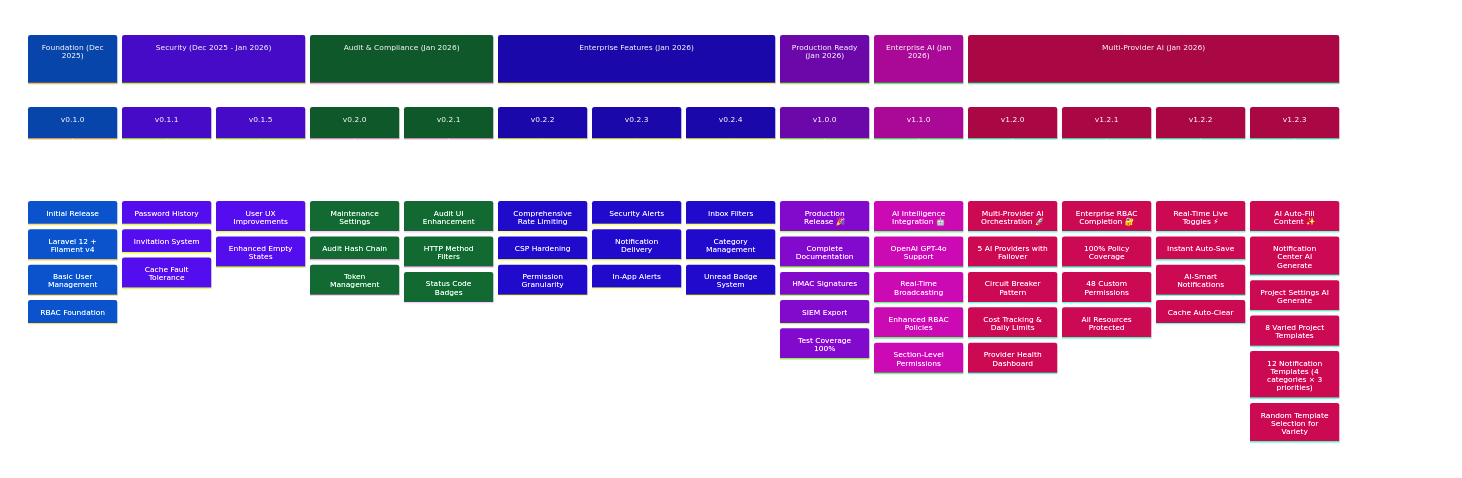
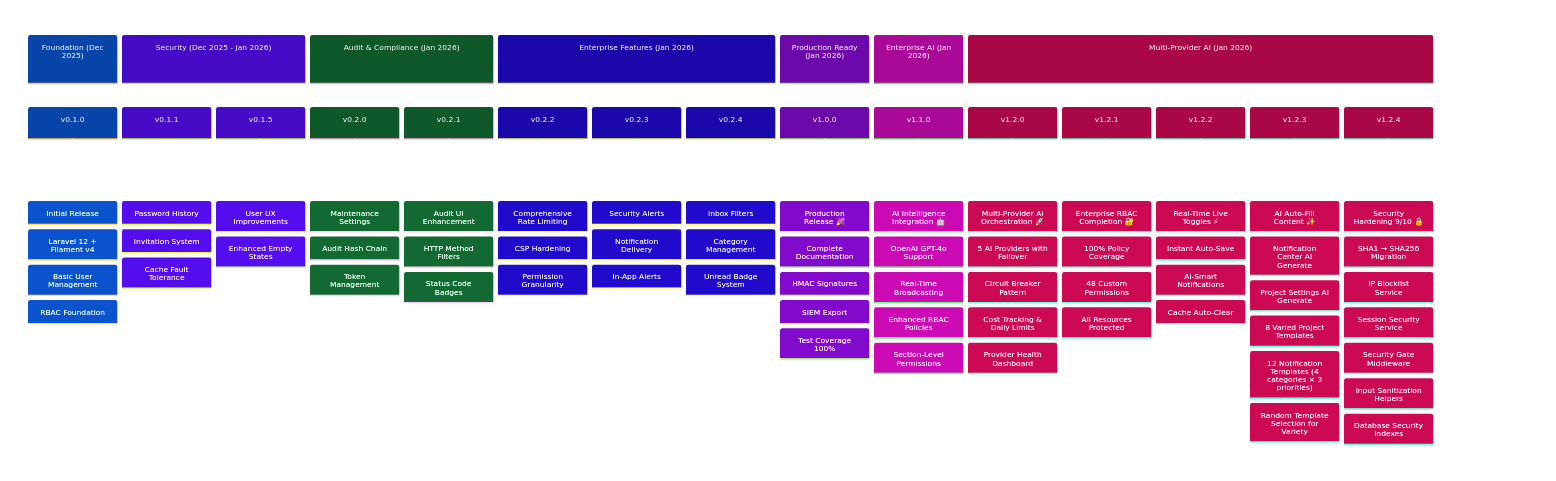
The eighth of 8 diagrams in README.md (Halfirzzha/A-Good-Start-to-the-Program), drawn with Mermaid before and after one commit. The commit also changed other lines of this file and 7 other files, not shown here.

````diff
--- a/README.md
+++ b/README.md
@@ -3262,65 +3622,72 @@
 ```mermaid
 %%{init: {'theme':'base', 'themeVariables': { 'primaryColor':'#3b82f6','primaryTextColor':'#fff','primaryBorderColor':'#1e40af','lineColor':'#64748b','secondaryColor':'#8b5cf6','tertiaryColor':'#22c55e'}}}%%
 timeline
     title Creative Trees Development Journey
     section Foundation (Dec 2025)
         v0.1.0 : Initial Release
                : Laravel 12 + Filament v4
                : Basic User Management
                : RBAC Foundation
     section Security (Dec 2025 - Jan 2026)
         v0.1.1 : Password History
                : Invitation System
                : Cache Fault Tolerance
         v0.1.5 : User UX Improvements
                : Enhanced Empty States
     section Audit & Compliance (Jan 2026)
         v0.2.0 : Maintenance Settings
                : Audit Hash Chain
                : Token Management
         v0.2.1 : Audit UI Enhancement
                : HTTP Method Filters
                : Status Code Badges
     section Enterprise Features (Jan 2026)
         v0.2.2 : Comprehensive Rate Limiting
                : CSP Hardening
                : Permission Granularity
         v0.2.3 : Security Alerts
                : Notification Delivery
                : In-App Alerts
         v0.2.4 : Inbox Filters
                : Category Management
                : Unread Badge System
     section Production Ready (Jan 2026)
         v1.0.0 : Production Release 🎉
                : Complete Documentation
                : HMAC Signatures
                : SIEM Export
                : Test Coverage 100%
     section Enterprise AI (Jan 2026)
         v1.1.0 : AI Intelligence Integration 🤖
                : OpenAI GPT-4o Support
                : Real-Time Broadcasting
                : Enhanced RBAC Policies
                : Section-Level Permissions
     section Multi-Provider AI (Jan 2026)
         v1.2.0 : Multi-Provider AI Orchestration 🚀
                : 5 AI Providers with Failover
                : Circuit Breaker Pattern
                : Cost Tracking & Daily Limits
                : Provider Health Dashboard
         v1.2.1 : Enterprise RBAC Completion 🔐
                : 100% Policy Coverage
                : 48 Custom Permissions
                : All Resources Protected
         v1.2.2 : Real-Time Live Toggles ⚡
                : Instant Auto-Save
                : AI-Smart Notifications
                : Cache Auto-Clear
         v1.2.3 : AI Auto-Fill Content ✨
                : Notification Center AI Generate
                : Project Settings AI Generate
                : 8 Varied Project Templates
                : 12 Notification Templates (4 categories × 3 priorities)
                : Random Template Selection for Variety
+        v1.2.4 : Security Hardening 9/10 🔒
+               : SHA1 → SHA256 Migration
+               : IP Blocklist Service
+               : Session Security Service
+               : Security Gate Middleware
+               : Input Sanitization Helpers
+               : Database Security Indexes
 ```
````
